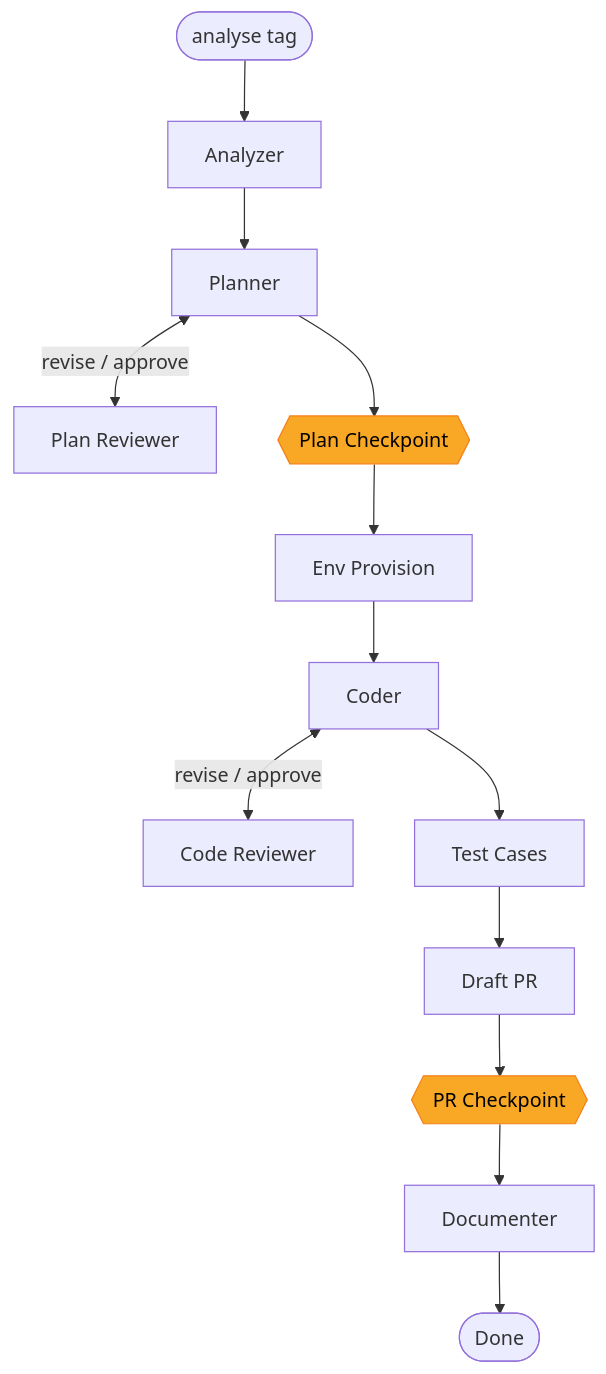
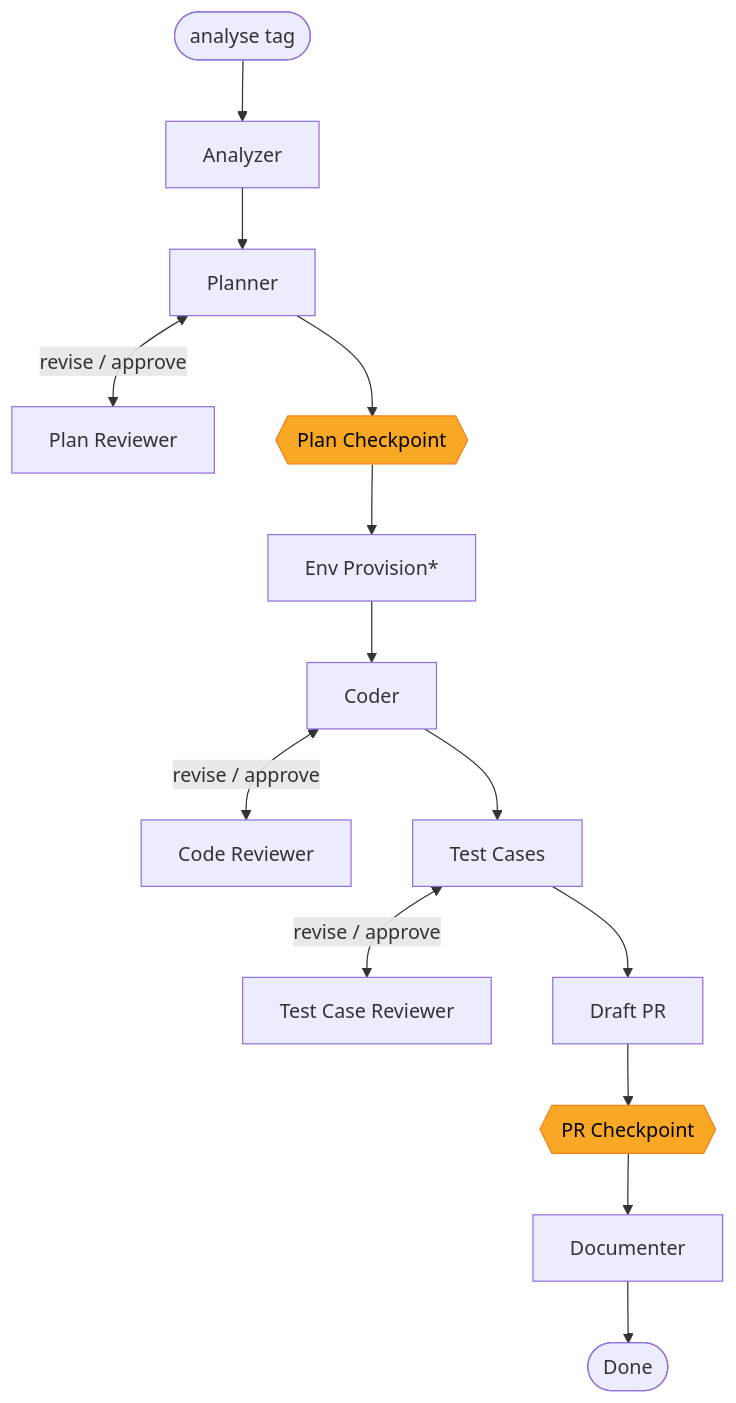
The diagram in README.md (SShadowS/DevOpsWorker), drawn with Mermaid before and after one commit. The commit also changed other lines of this file, not shown here.

````diff
--- a/README.md
+++ b/README.md
@@ -5,18 +9,19 @@
 ```mermaid
 flowchart TD
     START([analyse tag]) --> A[Analyzer]
     A --> B[Planner]
     B <-->|revise / approve| C[Plan Reviewer]
     B --> CP1{{Plan Checkpoint}}
-    CP1 --> ENV[Env Provision]
+    CP1 --> ENV[Env Provision*]
     ENV --> D[Coder]
     D <-->|revise / approve| E[Code Reviewer]
     D --> TC[Test Cases]
+    TC <-->|revise / approve| TCR[Test Case Reviewer]
     TC --> F[Draft PR]
     F --> CP2{{PR Checkpoint}}
     CP2 --> G[Documenter]
     G --> DONE([Done])
 
     style CP1 fill:#f9a825,stroke:#f57f17,color:#000
     style CP2 fill:#f9a825,stroke:#f57f17,color:#000
 ```
````
